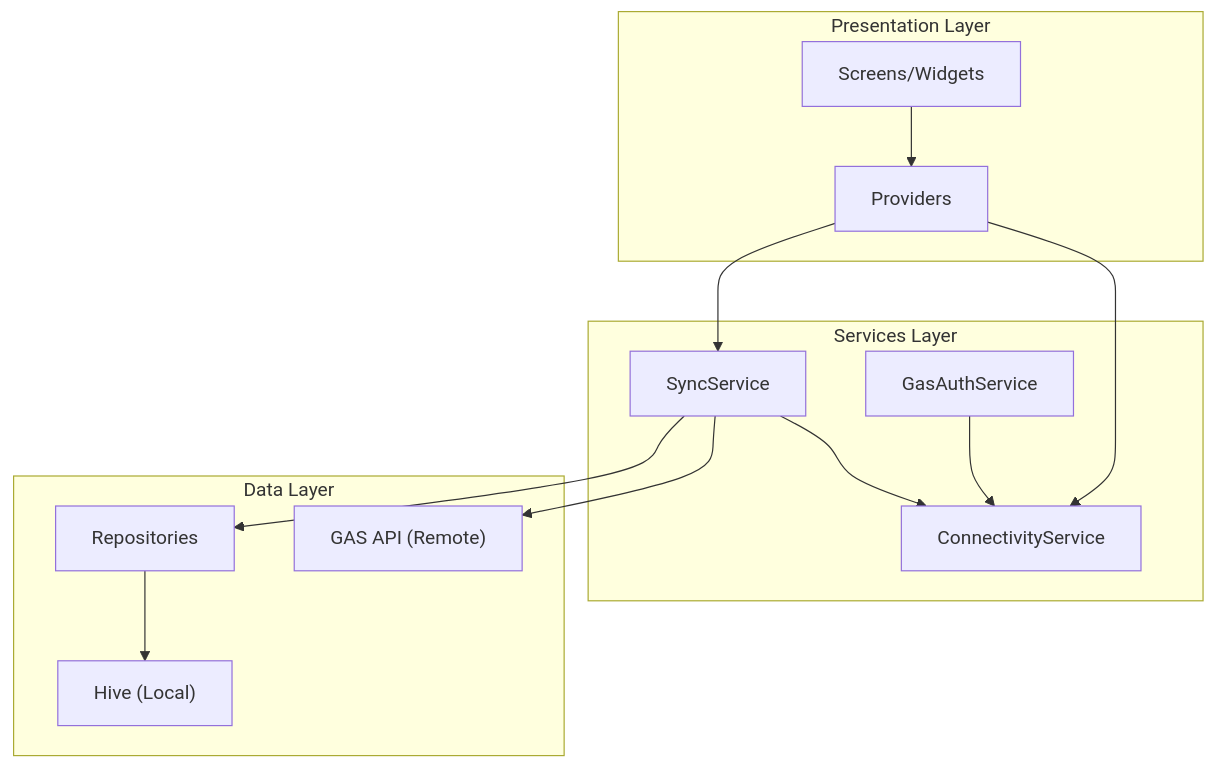
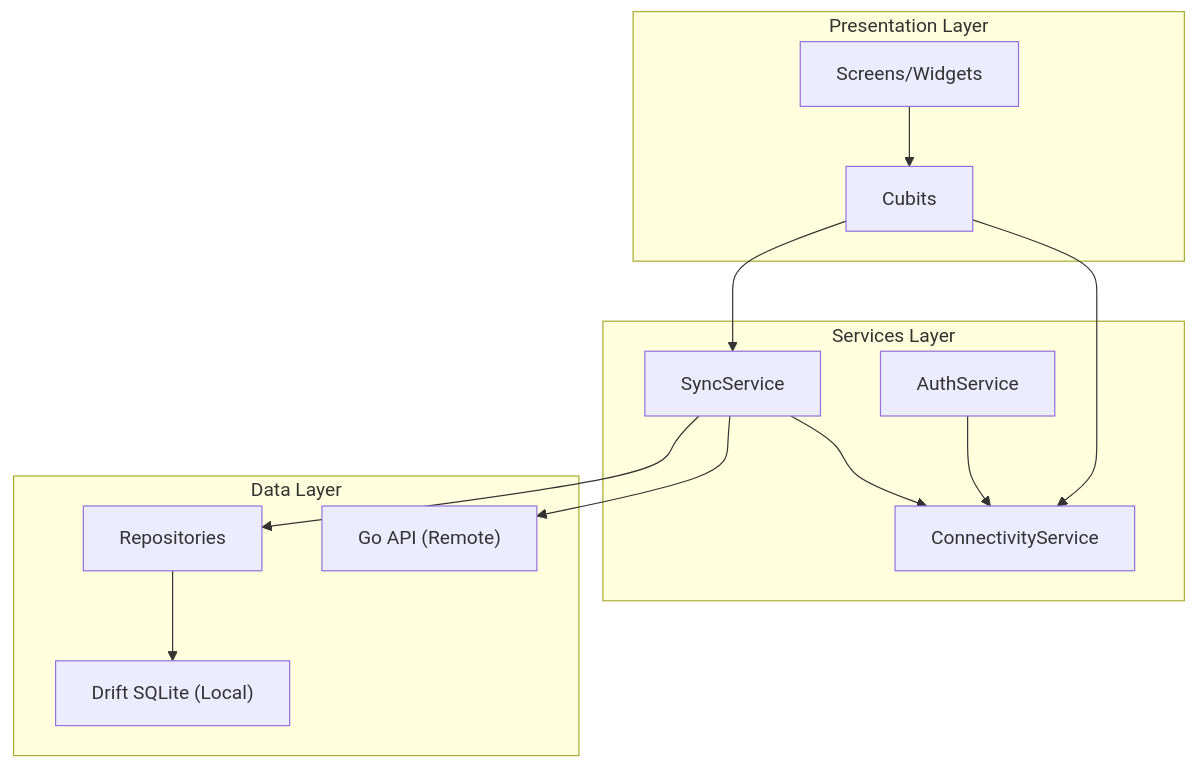
One commit to dectecx/SummitMate changed the first of 2 diagrams in docs/architecture/OFFLINE.md. Above: the diagram before and after it, drawn with Mermaid. The commit also changed other lines of this file and 10 other files, not shown here.

Commit message:
docs: update documentation to reflect migration from Hive to Drift, Provider to Cubit, and GAS to Go DDD

````diff
--- a/docs/architecture/OFFLINE.md
+++ b/docs/architecture/OFFLINE.md
@@ -9,28 +9,28 @@
 ```mermaid
 flowchart TB
     subgraph Presentation["Presentation Layer"]
-        P1["Providers"]
+        C1["Cubits"]
         UI["Screens/Widgets"]
     end
 
     subgraph Services["Services Layer"]
         CS["ConnectivityService"]
-        AS["GasAuthService"]
+        AS["AuthService"]
         SS["SyncService"]
     end
 
     subgraph Data["Data Layer"]
         REPO["Repositories"]
-        HIVE["Hive (Local)"]
-        API["GAS API (Remote)"]
+        DB["Drift SQLite (Local)"]
+        API["Go API (Remote)"]
     end
 
-    UI --> P1
-    P1 --> CS
-    P1 --> SS
+    UI --> C1
+    C1 --> CS
+    C1 --> SS
     AS --> CS
     SS --> CS
     SS --> REPO
-    REPO --> HIVE
+    REPO --> DB
     SS --> API
 ```
````
